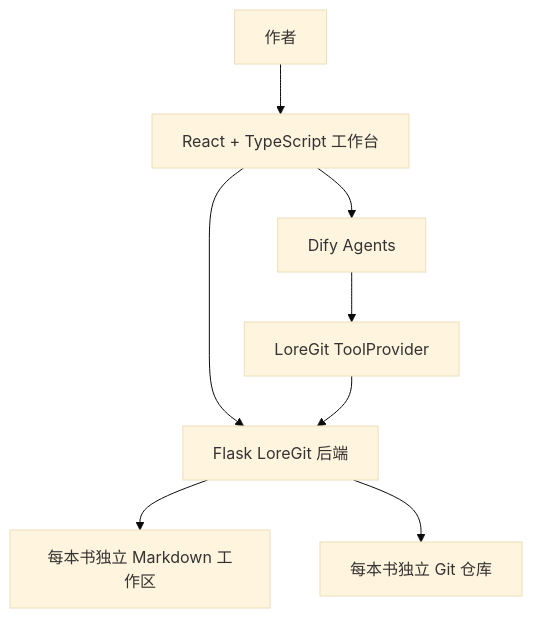
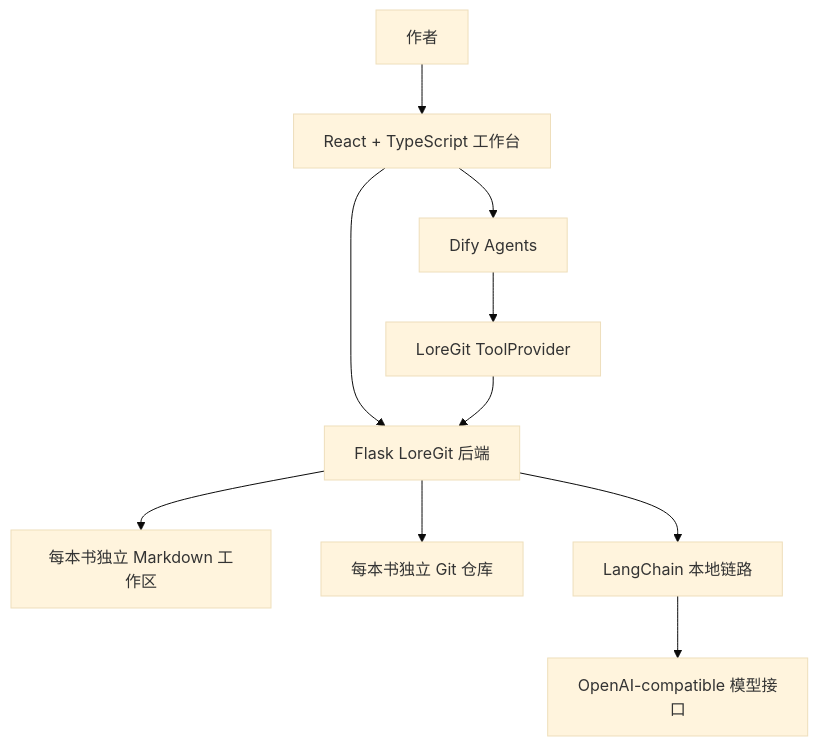
One commit to agui-coder/novel_agent changed the second of 2 diagrams in README.md. Above: the diagram before and after it, drawn with Mermaid (base theme). The commit also changed other lines of this file and 2 other files, not shown here.

Commit message:
docs(deploy): clarify mixed architecture setup

````diff
--- a/README.md
+++ b/README.md
@@ -83,10 +83,12 @@
 ```mermaid
 flowchart TB
   U["作者"] --> FE["React + TypeScript 工作台"]
   FE --> BE["Flask LoreGit 后端"]
   BE --> FS["每本书独立 Markdown 工作区"]
   BE --> GIT["每本书独立 Git 仓库"]
+  BE --> LC["LangChain 本地链路"]
+  LC --> MODEL["OpenAI-compatible 模型接口"]
   FE --> DIFY["Dify Agents"]
   DIFY --> TOOLS["LoreGit ToolProvider"]
   TOOLS --> BE
 ```
````
